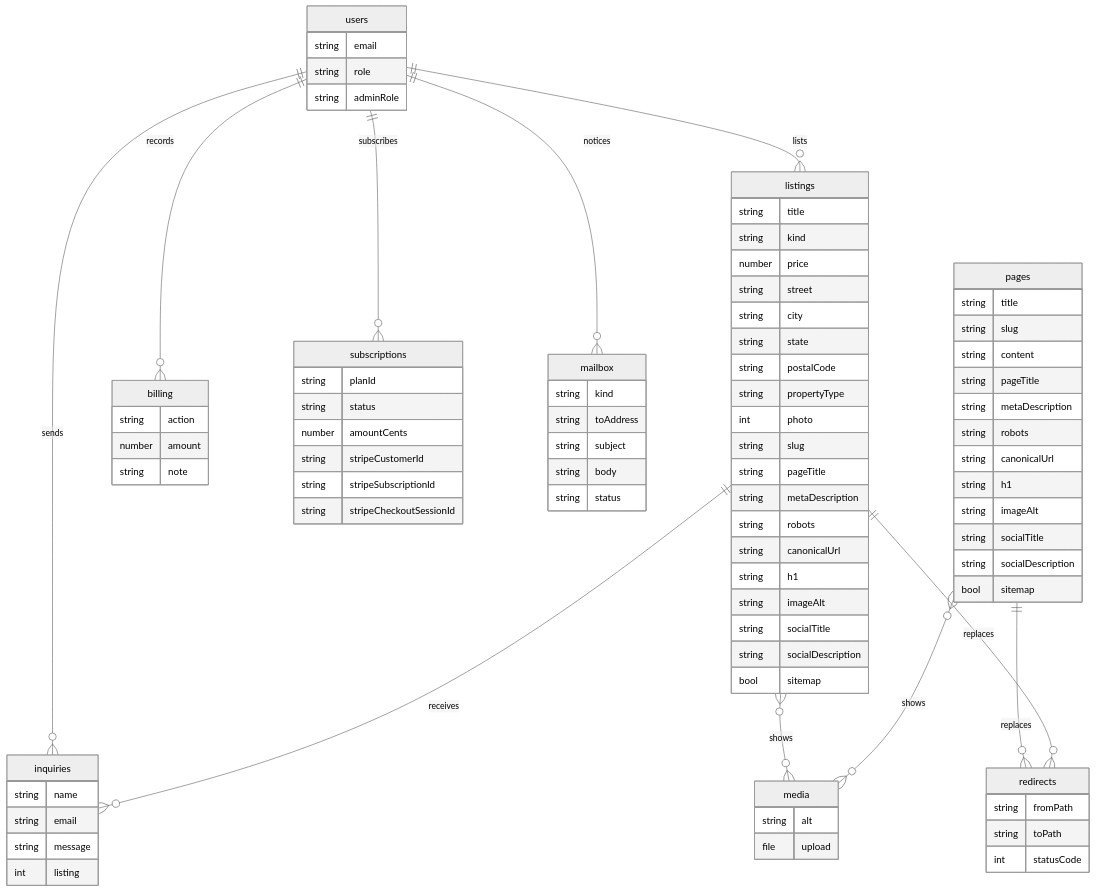
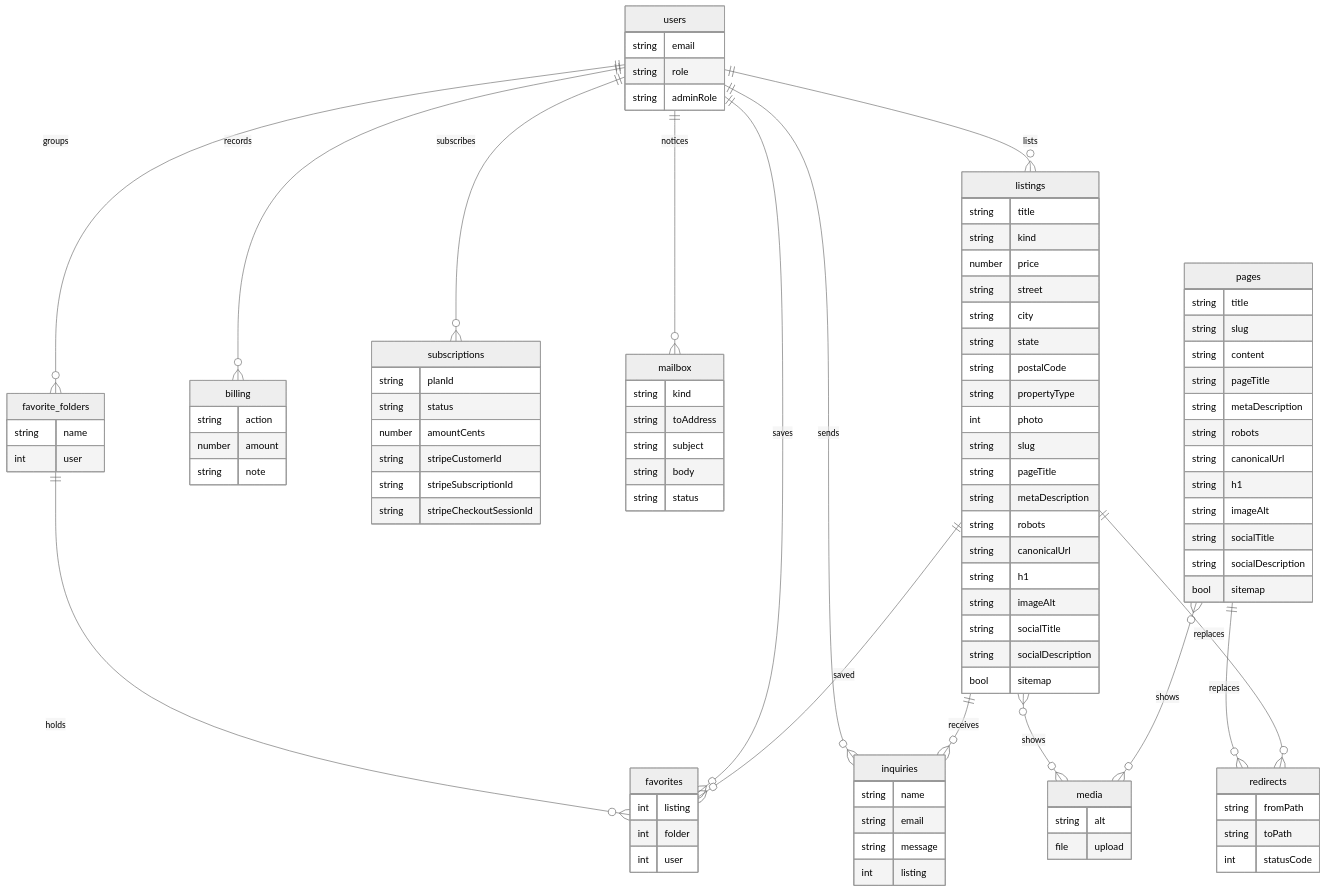
Before and after one commit to Valerri000/Reatics: the first of 4 diagrams in docs/entity-diagram.md, drawn with Mermaid (neutral theme). The commit also changed other lines of this file and 3 other files, not shown here.

Commit message:
Draw favorites on the entity diagram.

```diff
--- a/docs/entity-diagram.md
+++ b/docs/entity-diagram.md
@@ -8,6 +8,10 @@
   users ||--o{ billing : records
   users ||--o{ subscriptions : subscribes
   users ||--o{ mailbox : notices
+  users ||--o{ favorite_folders : groups
+  favorite_folders ||--o{ favorites : holds
+  users ||--o{ favorites : saves
+  listings ||--o{ favorites : saved
   users ||--o{ inquiries : sends
   listings ||--o{ inquiries : receives
   listings }o--o{ media : shows
@@ -86,6 +90,17 @@
     string status
   }
 
+  favorite_folders {
+    string name
+    int user
+  }
+
+  favorites {
+    int listing
+    int folder
+    int user
+  }
+
   redirects {
     string fromPath
     string toPath
```
